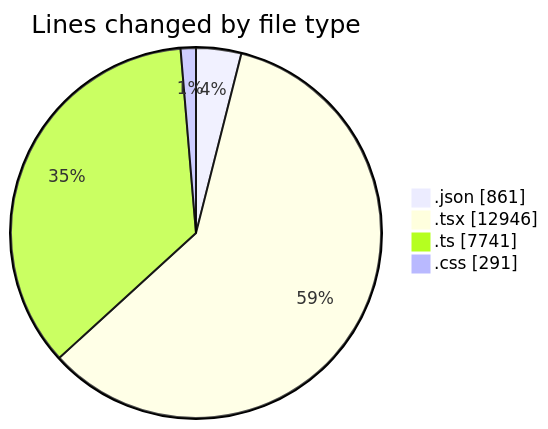
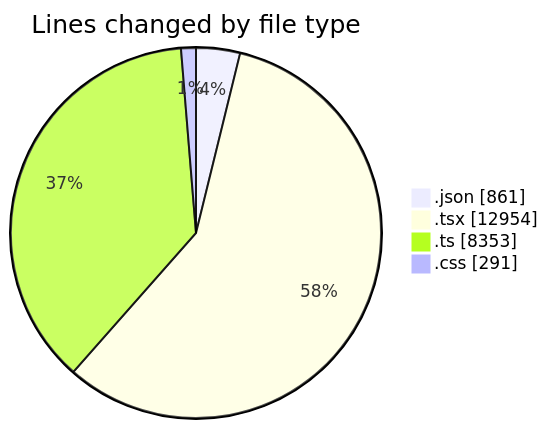
One commit to julien-gomy/code-tracking changed the first of 2 diagrams in 2025-10-07/eventscop-frontend-guide__workspace_/README.md. Above: the diagram before and after it, drawn with Mermaid. The commit also changed other lines of this file and 1 other file, not shown here.

````diff
--- a/2025-10-07/eventscop-frontend-guide__workspace_/README.md
+++ b/2025-10-07/eventscop-frontend-guide__workspace_/README.md
@@ -110,8 +110,8 @@
 ```mermaid
 pie showData
 title Lines changed by file type
 ".json" : 861
-".tsx" : 12946
-".ts" : 7741
+".tsx" : 12954
+".ts" : 8353
 ".css" : 291
 ```
````
